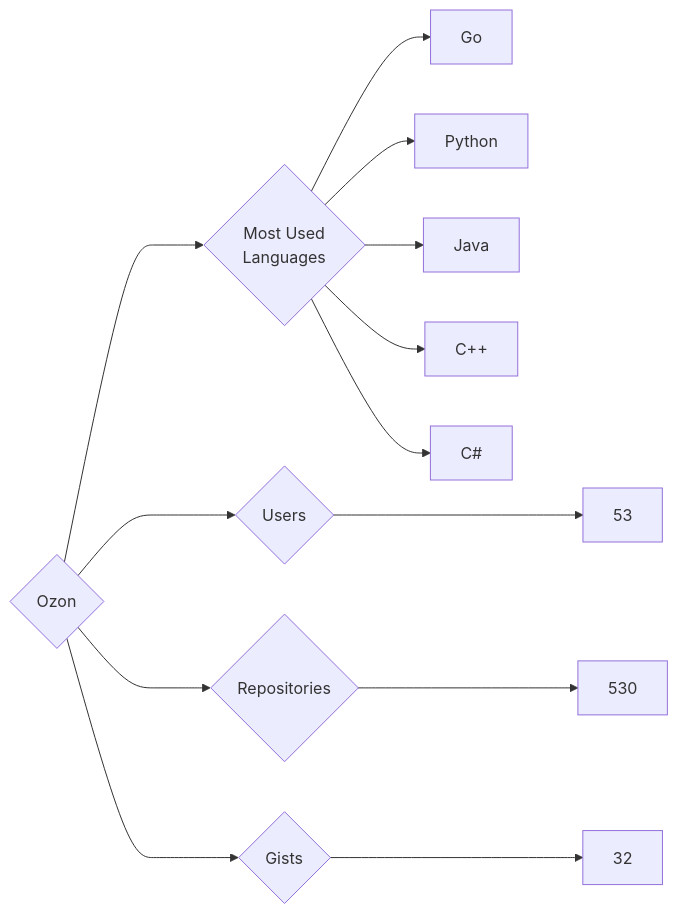
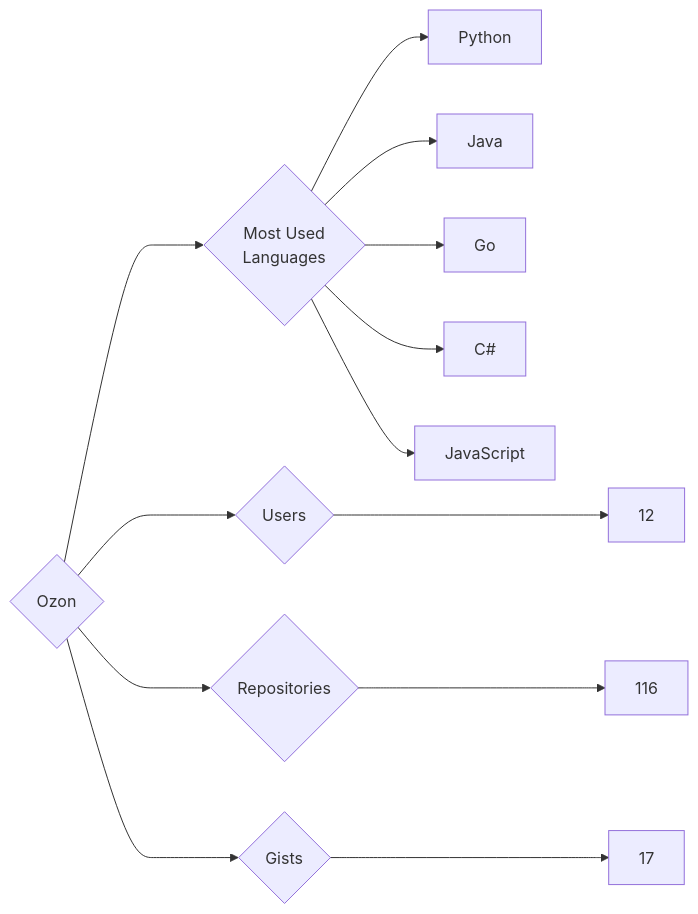
Before and after one commit to trickest/insiders: the diagram in targets/Ozon/README.md, drawn with Mermaid. The commit also changed 815 other files, not shown here.

````diff
--- a/targets/Ozon/README.md
+++ b/targets/Ozon/README.md
@@ -3,13 +3,13 @@
 ```mermaid
 graph LR
 COMPANY_NAME{Ozon}
-COMPANY_NAME ---> U{Users} ---> UN[53]
-COMPANY_NAME ---> R{Repositories} ---> RN[530]
-COMPANY_NAME ---> G{Gists} ---> GN[32]
+COMPANY_NAME ---> U{Users} ---> UN[12]
+COMPANY_NAME ---> R{Repositories} ---> RN[116]
+COMPANY_NAME ---> G{Gists} ---> GN[17]
 COMPANY_NAME ---> ML{Most Used<br>Languages}
-ML --> Go[Go]
 ML --> Python[Python]
 ML --> Java[Java]
-ML --> C++[C++]
+ML --> Go[Go]
 ML --> C#[C#]
+ML --> JavaScript[JavaScript]
 ```
````
